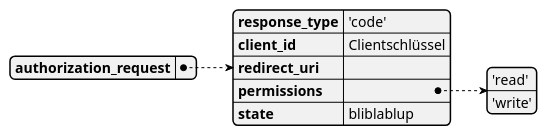
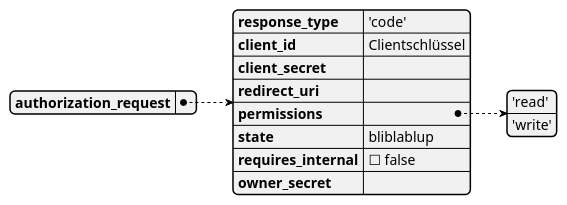
Before and after one commit to SmartCityProjectGroup/SmartCity: the seventh of 11 diagrams in Auth/index.md, drawn with PlantUML. The commit also changed other lines of this file, not shown here.

````diff
--- a/Auth/index.md
+++ b/Auth/index.md
@@ -292,14 +412,17 @@
 ```plantuml 
 @startjson
 {
     "authorization_request": {
         "response_type" : "'code'",
         "client_id" : "Clientschlüssel",    
+        "client_secret" : "",
         "redirect_uri" : "",
         "permissions" : ["'read'", "'write'"],
-        "state" : "bliblablup"
+        "state" : "bliblablup",
+        "requires_internal" : false,
+        "owner_secret" : "" 
     }
 
 }
 @endjson
 ```
````
